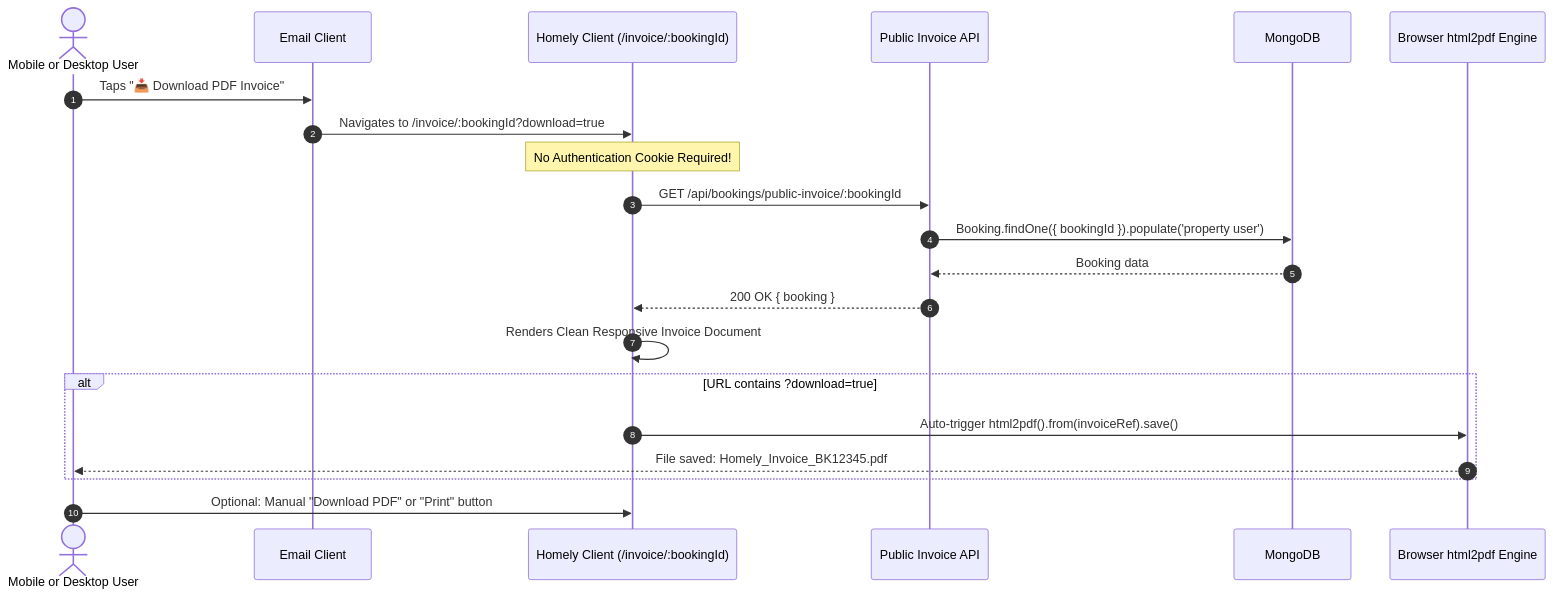
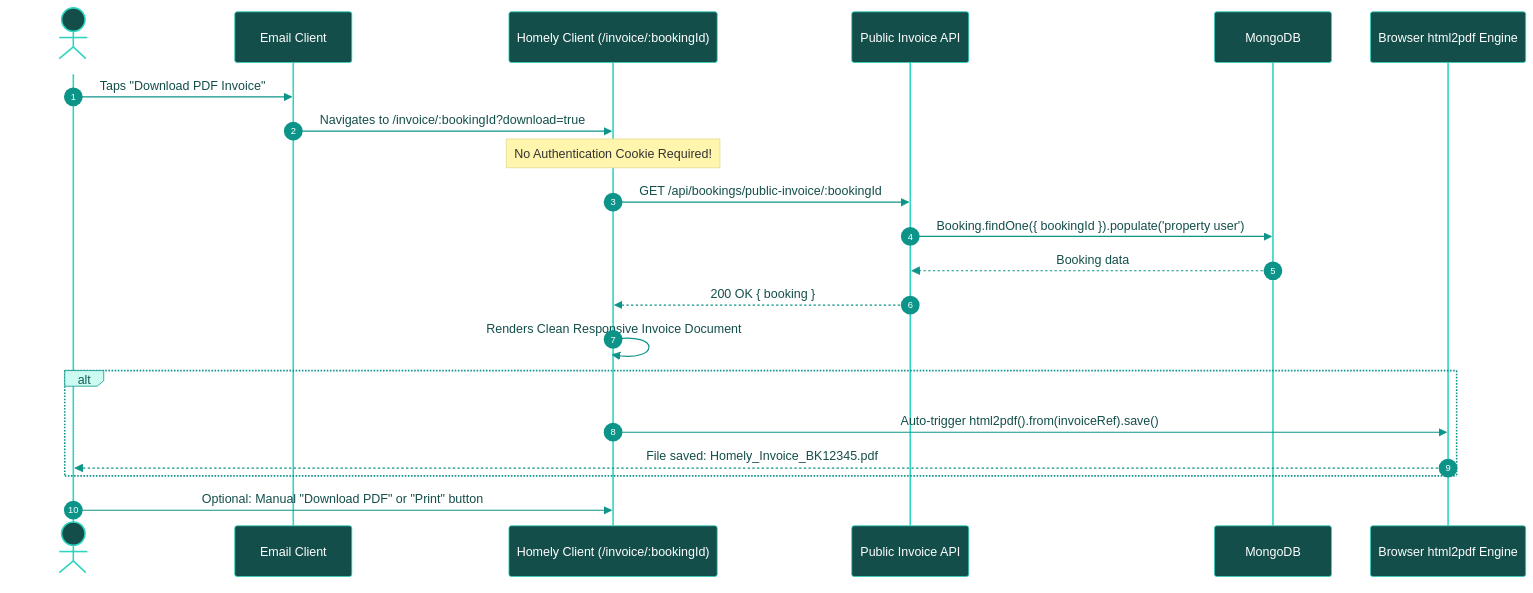
Before and after one commit to m4nish-dev/homely: the fifth of 6 diagrams in README.md, drawn with Mermaid. The commit also changed other lines of this file, not shown here.

Commit message:
docs: center-align header, add custom vibrant colors to Mermaid diagrams, and remove AI emojis

````diff
--- a/README.md
+++ b/README.md
@@ -202,24 +285,44 @@
 ```mermaid
+%%{init: {
+  'theme': 'base',
+  'themeVariables': {
+    'primaryColor': '#0d9488',
+    'primaryTextColor': '#ffffff',
+    'primaryBorderColor': '#0f766e',
+    'actorBkg': '#134e4a',
+    'actorBorder': '#2dd4bf',
+    'actorTextColor': '#ffffff',
+    'actorLineColor': '#2dd4bf',
+    'signalColor': '#0d9488',
+    'signalTextColor': '#134e4a',
+    'labelBoxBkgColor': '#ccfbf1',
+    'labelBoxBorderColor': '#0d9488',
+    'labelTextColor': '#115e59',
+    'activationBorderColor': '#0d9488',
+    'activationBkgColor': '#99f6e4',
+    'sequenceNumberColor': '#ffffff'
+  }
+}}%%
 sequenceDiagram
     autonumber
     actor User as Mobile or Desktop User
     participant Email as Email Client
     participant WebApp as Homely Client (/invoice/:bookingId)
     participant PublicAPI as Public Invoice API
     participant DB as MongoDB
     participant html2pdf as Browser html2pdf Engine
 
-    User->>Email: Taps "📥 Download PDF Invoice"
+    User->>Email: Taps "Download PDF Invoice"
     Email->>WebApp: Navigates to /invoice/:bookingId?download=true
     Note over WebApp: No Authentication Cookie Required!
     WebApp->>PublicAPI: GET /api/bookings/public-invoice/:bookingId
     PublicAPI->>DB: Booking.findOne({ bookingId }).populate('property user')
     DB-->>PublicAPI: Booking data
     PublicAPI-->>WebApp: 200 OK { booking }
     WebApp->>WebApp: Renders Clean Responsive Invoice Document
     alt URL contains ?download=true
         WebApp->>html2pdf: Auto-trigger html2pdf().from(invoiceRef).save()
         html2pdf-->>User: File saved: Homely_Invoice_BK12345.pdf
     end
     User->>WebApp: Optional: Manual "Download PDF" or "Print" button
 ```
````
